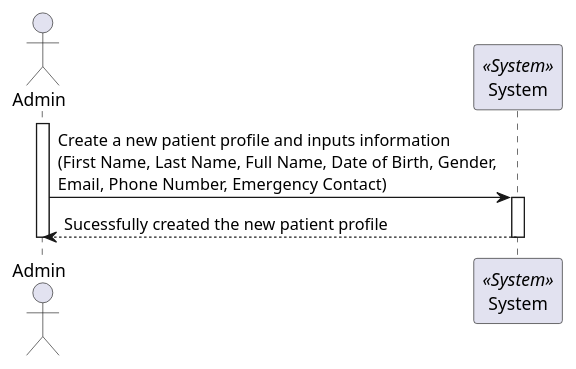
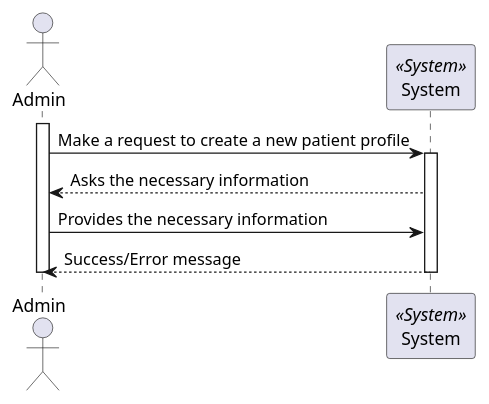
The diagram in docs/Sprint_1/US_5.1.8/L1/Process_View.puml (Rodrick0209/ISEP-SEM5PI-24-25), drawn with PlantUML before and after one commit. The commit also changed 5 other files, not shown here.

```diff
--- a/docs/Sprint_1/US_5.1.8/L1/Process_View.puml
+++ b/docs/Sprint_1/US_5.1.8/L1/Process_View.puml
@@ -3,13 +3,15 @@
 @startuml Process_View
 actor Admin 
 participant System <<System>>
 
 activate Admin
 
-Admin -> System: Create a new patient profile and inputs information\n(First Name, Last Name, Full Name, Date of Birth, Gender,\nEmail, Phone Number, Emergency Contact)
+Admin -> System: Make a request to create a new patient profile
 activate System
-System --> Admin : Sucessfully created the new patient profile
+System --> Admin : Asks the necessary information
+Admin -> System: Provides the necessary information
+System --> Admin : Success/Error message
 deactivate System
 deactivate Admin
 
 @enduml
```
